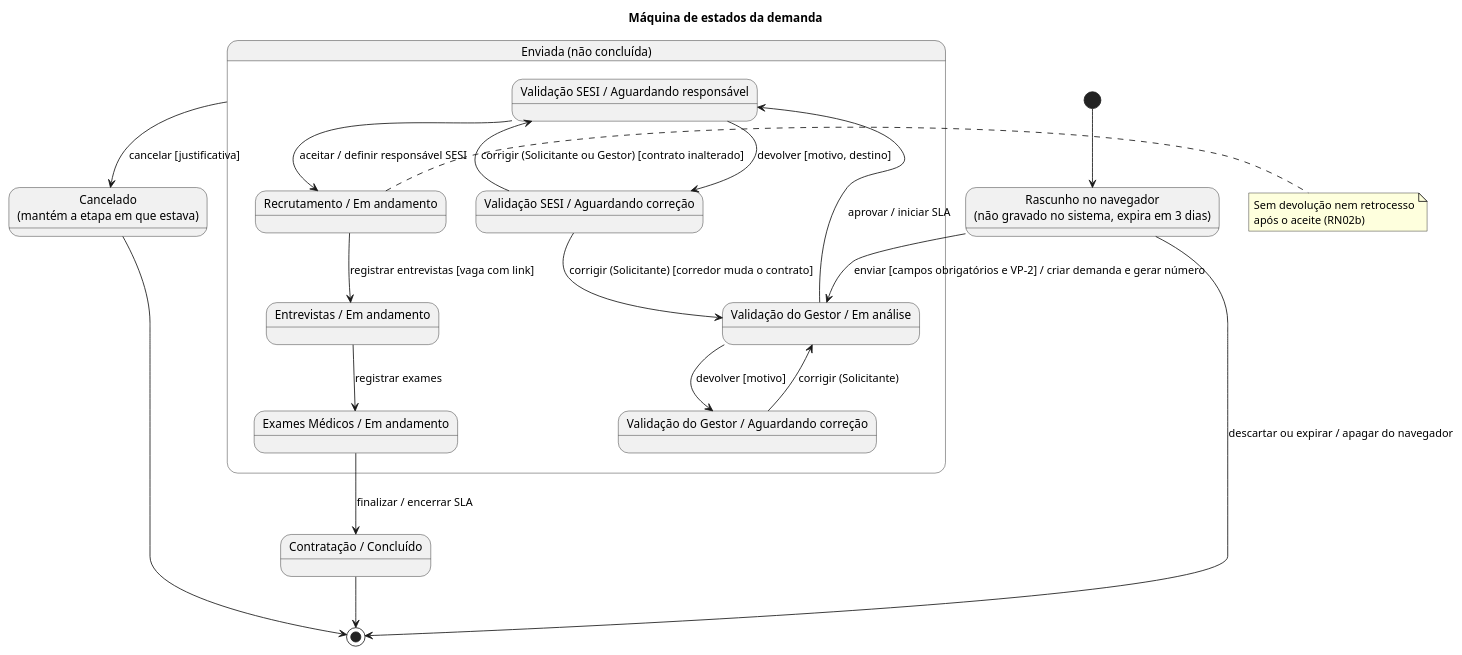
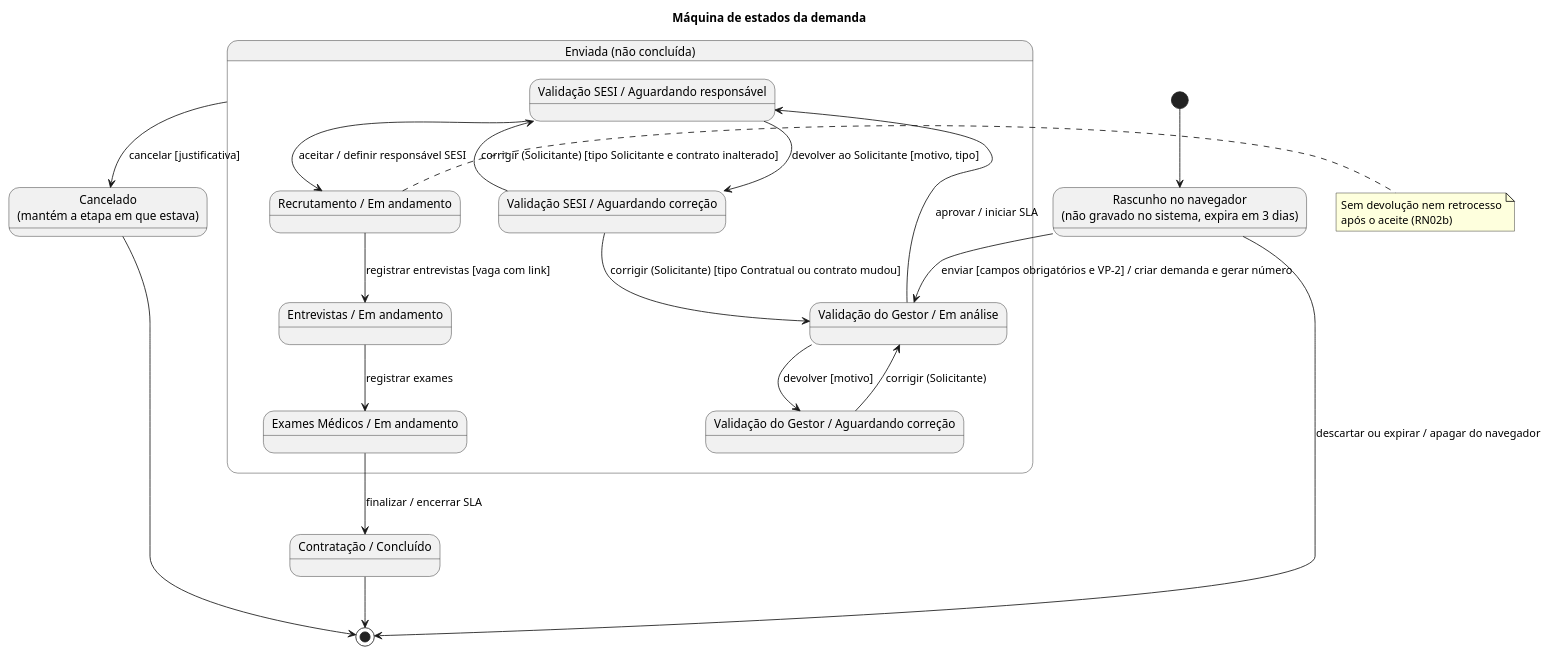
The third of 6 diagrams in docs/REQUISITOS_v3.1.md (devrenanzin/tcc_app_solic_terceiros), drawn with PlantUML before and after one commit. The commit also changed other lines of this file and 2 other files, not shown here.

First line of the commit message:
Requisitos: só o Solicitante corrige; UC16 removido

````diff
--- a/docs/REQUISITOS_v3.1.md
+++ b/docs/REQUISITOS_v3.1.md
@@ -1484,39 +1483,39 @@
 ```plantuml
 @startuml
 title Máquina de estados da demanda
 
 state "Rascunho no navegador\n(não gravado no sistema, expira em 3 dias)" as Rascunho
 state "Contratação / Concluído" as Concluido
 state "Cancelado\n(mantém a etapa em que estava)" as Cancelado
 
 state "Enviada (não concluída)" as Enviada {
   state "Validação do Gestor / Em análise" as VG
   state "Validação do Gestor / Aguardando correção" as VGC
   state "Validação SESI / Aguardando responsável" as VS
   state "Validação SESI / Aguardando correção" as VSC
   state "Recrutamento / Em andamento" as Rec
   state "Entrevistas / Em andamento" as Ent
   state "Exames Médicos / Em andamento" as Exa
 
   VG --> VGC : devolver [motivo]
   VGC --> VG : corrigir (Solicitante)
   VG --> VS : aprovar / iniciar SLA
-  VS --> VSC : devolver [motivo, destino]
-  VSC --> VS : corrigir (Solicitante ou Gestor) [contrato inalterado]
-  VSC --> VG : corrigir (Solicitante) [corredor muda o contrato]
+  VS --> VSC : devolver ao Solicitante [motivo, tipo]
+  VSC --> VS : corrigir (Solicitante) [tipo Solicitante e contrato inalterado]
+  VSC --> VG : corrigir (Solicitante) [tipo Contratual ou contrato mudou]
   VS --> Rec : aceitar / definir responsável SESI
   Rec --> Ent : registrar entrevistas [vaga com link]
   Ent --> Exa : registrar exames
 }
 
 [*] --> Rascunho
 Rascunho --> [*] : descartar ou expirar / apagar do navegador
 Rascunho --> VG : enviar [campos obrigatórios e VP-2] / criar demanda e gerar número
 Exa --> Concluido : finalizar / encerrar SLA
 Enviada --> Cancelado : cancelar [justificativa]
 Concluido --> [*]
 Cancelado --> [*]
 
 note right of Rec : Sem devolução nem retrocesso\napós o aceite (RN02b)
 @enduml
 ```
````
